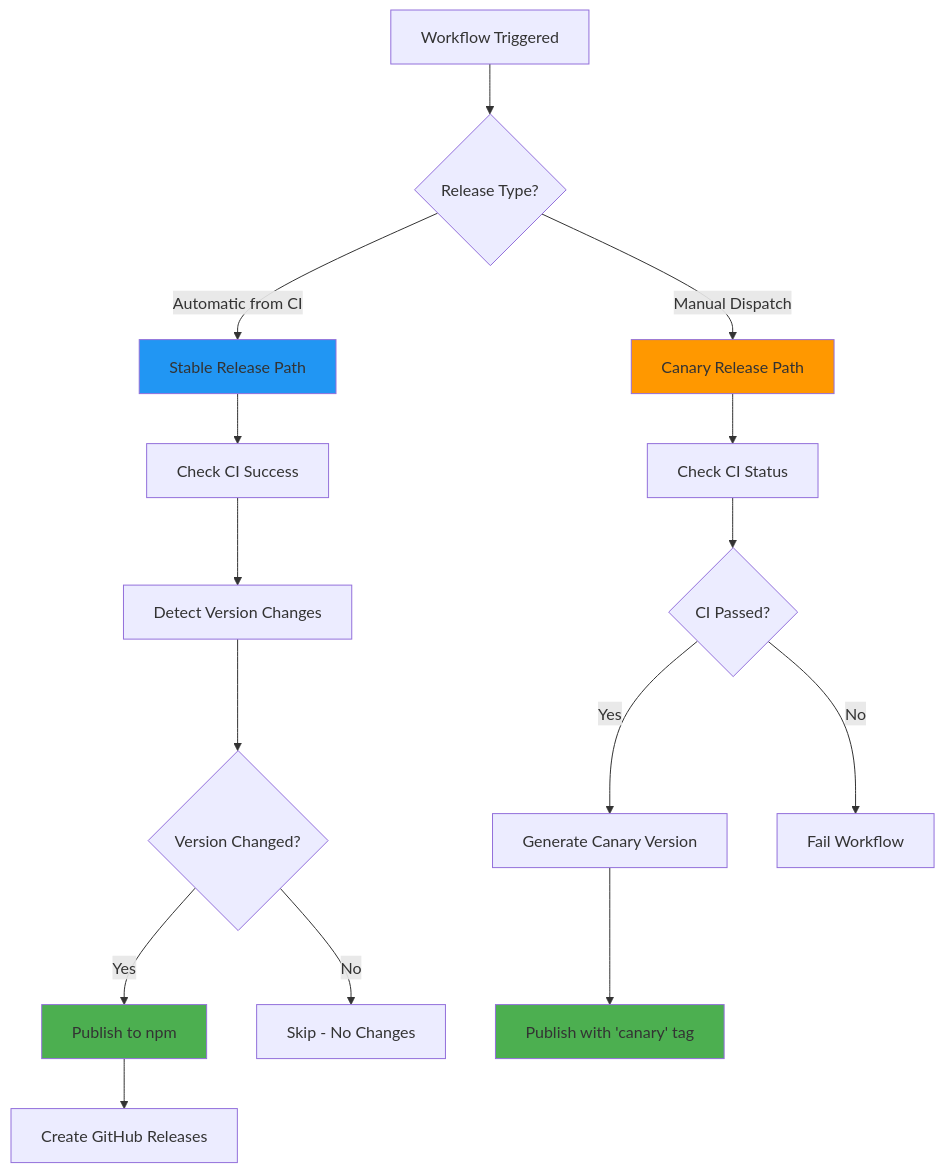
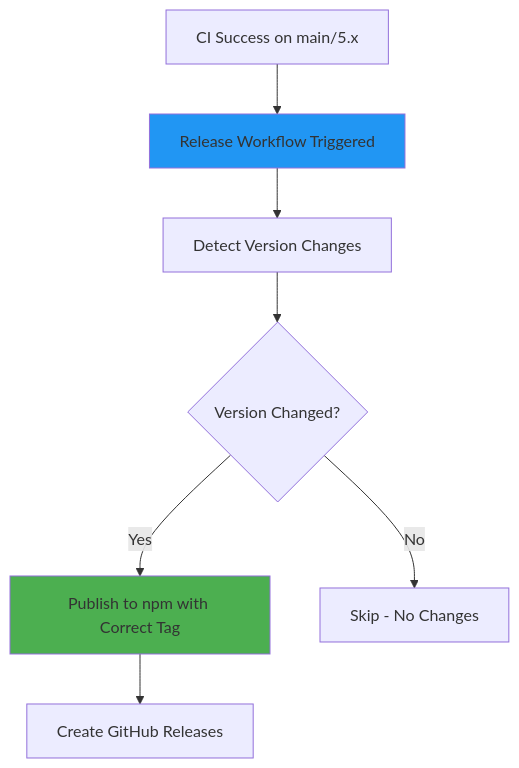
One commit to iress/design-system changed the third of 5 diagrams in .github/WORKFLOWS.md. Above: the diagram before and after it, drawn with Mermaid. The commit also changed other lines of this file and 1 other file, not shown here.

Commit message:
fix: allow canaries from commit messages [canary:@iress-oss/ids-tokens]

````diff
--- a/.github/WORKFLOWS.md
+++ b/.github/WORKFLOWS.md
@@ -115,24 +149,12 @@
 ```mermaid
 graph TD
-    A[Workflow Triggered] --> B{Release Type?}
-    B -->|Automatic from CI| C[Stable Release Path]
-    B -->|Manual Dispatch| D[Canary Release Path]
+    A[CI Success on main/5.x] --> B[Release Workflow Triggered]
+    B --> C[Detect Version Changes]
+    C --> D{Version Changed?}
+    D -->|Yes| E[Publish to npm with Correct Tag]
+    D -->|No| F[Skip - No Changes]
+    E --> G[Create GitHub Releases]
 
-    C --> C1[Check CI Success]
-    C1 --> C2[Detect Version Changes]
-    C2 --> C3{Version Changed?}
-    C3 -->|Yes| C4[Publish to npm]
-    C3 -->|No| C5[Skip - No Changes]
-    C4 --> C6[Create GitHub Releases]
-
-    D --> D1[Check CI Status]
-    D1 --> D2{CI Passed?}
-    D2 -->|Yes| D3[Generate Canary Version]
-    D2 -->|No| D4[Fail Workflow]
-    D3 --> D5[Publish with 'canary' tag]
-
-    style C fill:#2196F3
-    style D fill:#FF9800
-    style C4 fill:#4CAF50
-    style D5 fill:#4CAF50
+    style B fill:#2196F3
+    style E fill:#4CAF50
 ```
````
